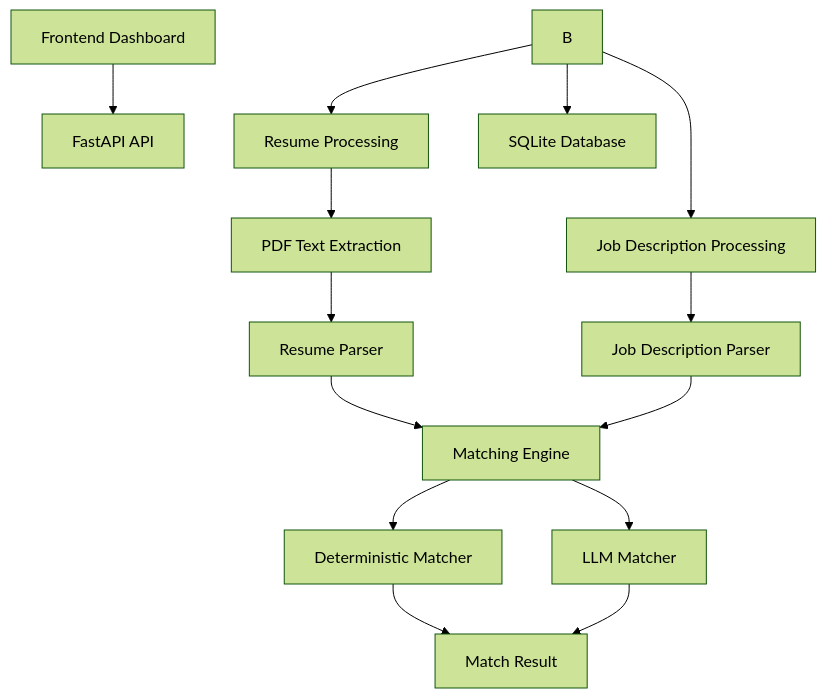
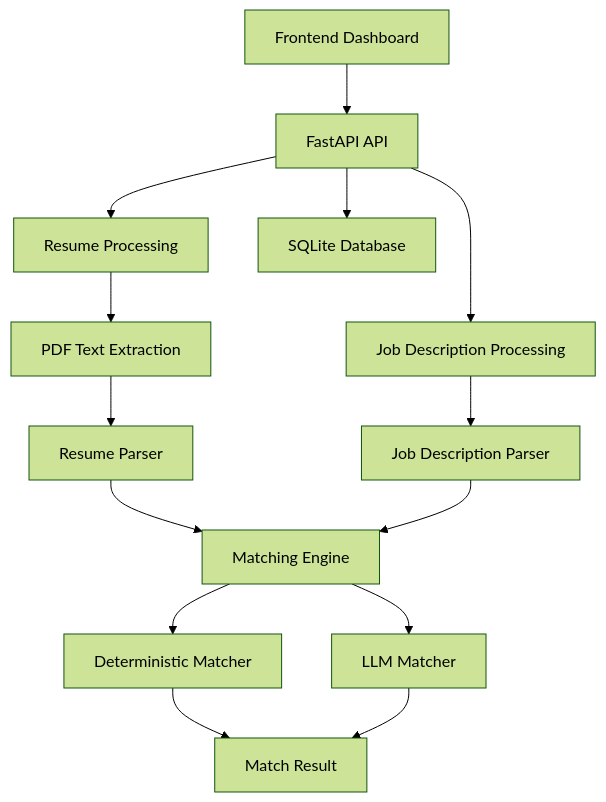
One commit to Jennie-Mileva/Smart-Resume-Screener changed the diagram in README.md. Above: the diagram before and after it, drawn with Mermaid (forest theme).

Commit message:
Improving architecture diagram

````diff
--- a/README.md
+++ b/README.md
@@ -73,23 +73,23 @@
 ```mermaid
 flowchart TD
-    A\[Frontend Dashboard] --> B\[FastAPI API]
+    A[Frontend Dashboard] --> B[FastAPI API]
 
     B --> C[Resume Processing]
     B --> D[Job Description Processing]
 
     C --> E[PDF Text Extraction]
     E --> F[Resume Parser]
 
     D --> G[Job Description Parser]
 
     F --> H[Matching Engine]
     G --> H
 
     H --> I[Deterministic Matcher]
     H --> J[LLM Matcher]
 
     I --> K[Match Result]
     J --> K
 
     B --> L[SQLite Database]
 ```
````
